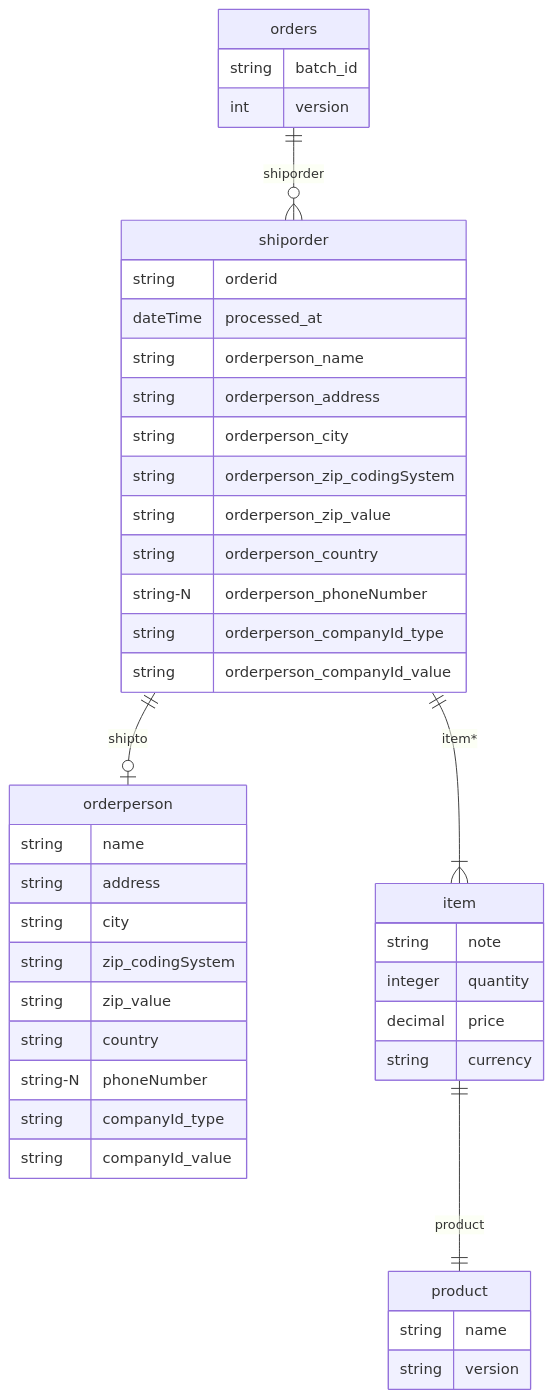
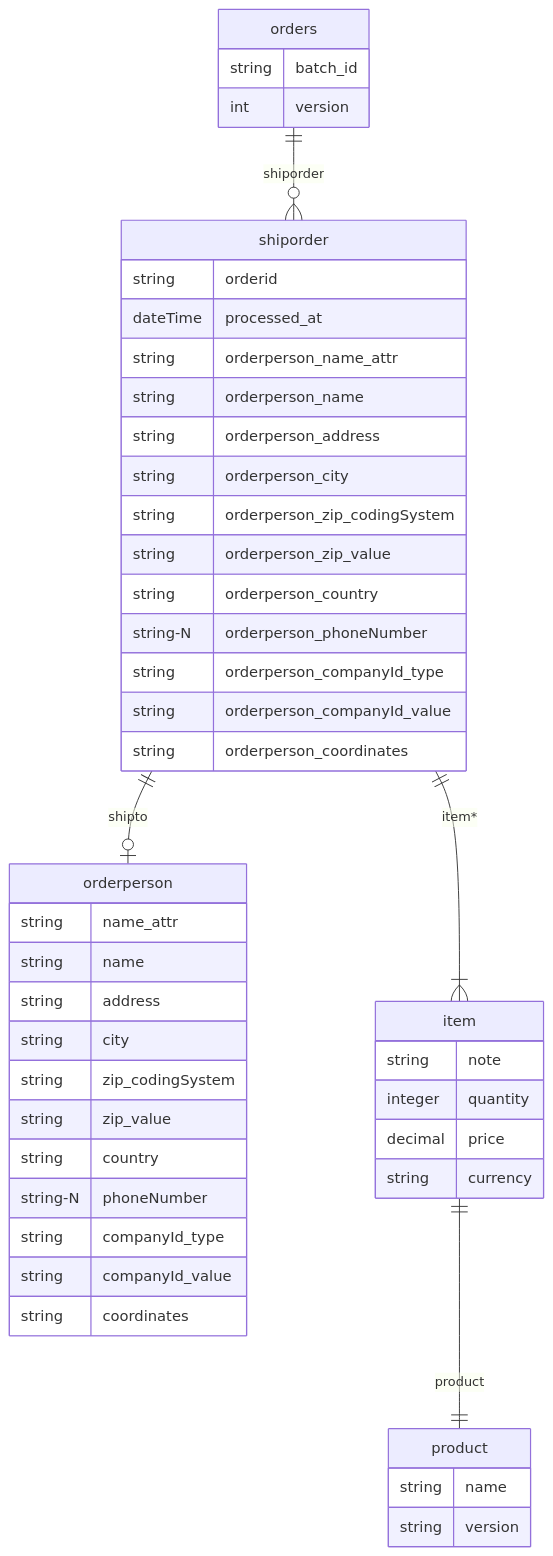
One commit to cre-dev/xml2db changed the diagram in tests/sample_models/orders/orders_erd_version2.md. Above: the diagram before and after it, drawn with Mermaid. The commit also changed 20 other files, not shown here.

````diff
--- a/tests/sample_models/orders/orders_erd_version2.md
+++ b/tests/sample_models/orders/orders_erd_version2.md
@@ -1,45 +1,49 @@
 ```mermaid
 erDiagram
     shiporder ||--o| orderperson : "shipto"
     shiporder ||--|{ item : "item*"
     shiporder {
         string orderid
         dateTime processed_at
+        string orderperson_name_attr
         string orderperson_name
         string orderperson_address
         string orderperson_city
         string orderperson_zip_codingSystem
         string orderperson_zip_value
         string orderperson_country
         string-N orderperson_phoneNumber
         string orderperson_companyId_type
         string orderperson_companyId_value
+        string orderperson_coordinates
     }
     item ||--|| product : "product"
     item {
         string note
         integer quantity
         decimal price
         string currency
     }
     product {
         string name
         string version
     }
     orderperson {
+        string name_attr
         string name
         string address
         string city
         string zip_codingSystem
         string zip_value
         string country
         string-N phoneNumber
         string companyId_type
         string companyId_value
+        string coordinates
     }
     orders ||--o{ shiporder : "shiporder"
     orders {
         string batch_id
         int version
     }
 ```
````
